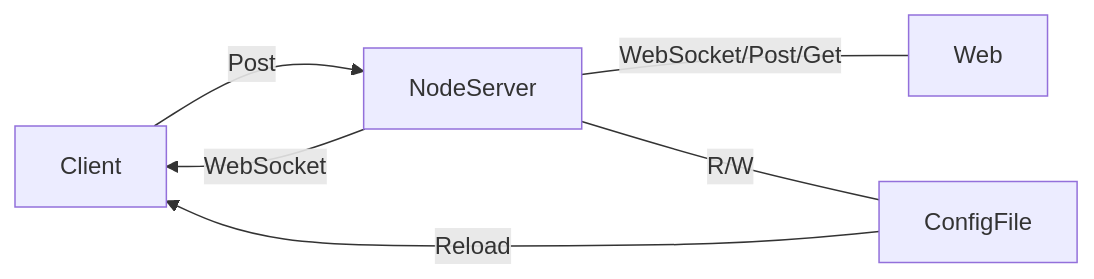
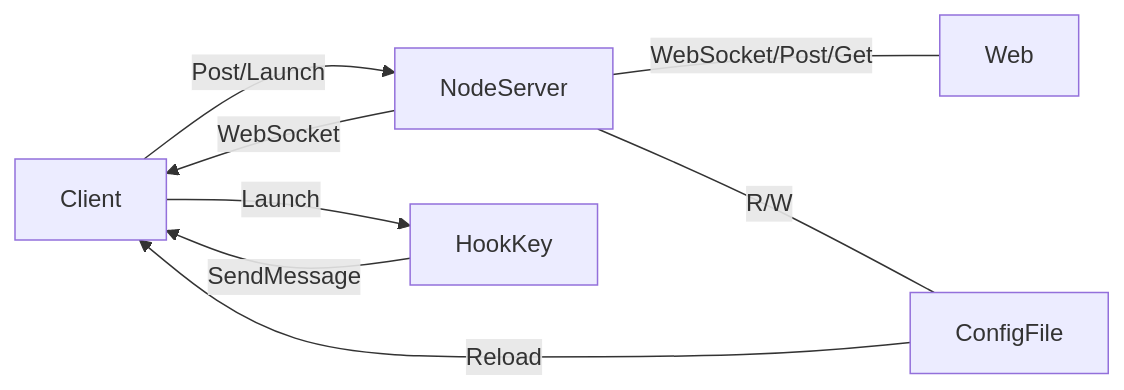
The diagram in README_CN.md (pattazl/showKeyBoard), drawn with Mermaid before and after one commit. The commit also changed other lines of this file and 1 other file, not shown here.

````diff
--- a/README_CN.md
+++ b/README_CN.md
@@ -95,7 +97,9 @@
 ```mermaid
 graph LR
-Client -->|Post|NodeServer ---|WebSocket/Post/Get|Web
+Client -->|Post/Launch|NodeServer ---|WebSocket/Post/Get|Web
 NodeServer -->|WebSocket|Client
 NodeServer ---|R/W|ConfigFile
 ConfigFile -->|Reload|Client
+HookKey -->|SendMessage|Client
+Client -->|Launch|HookKey
 ```
````
